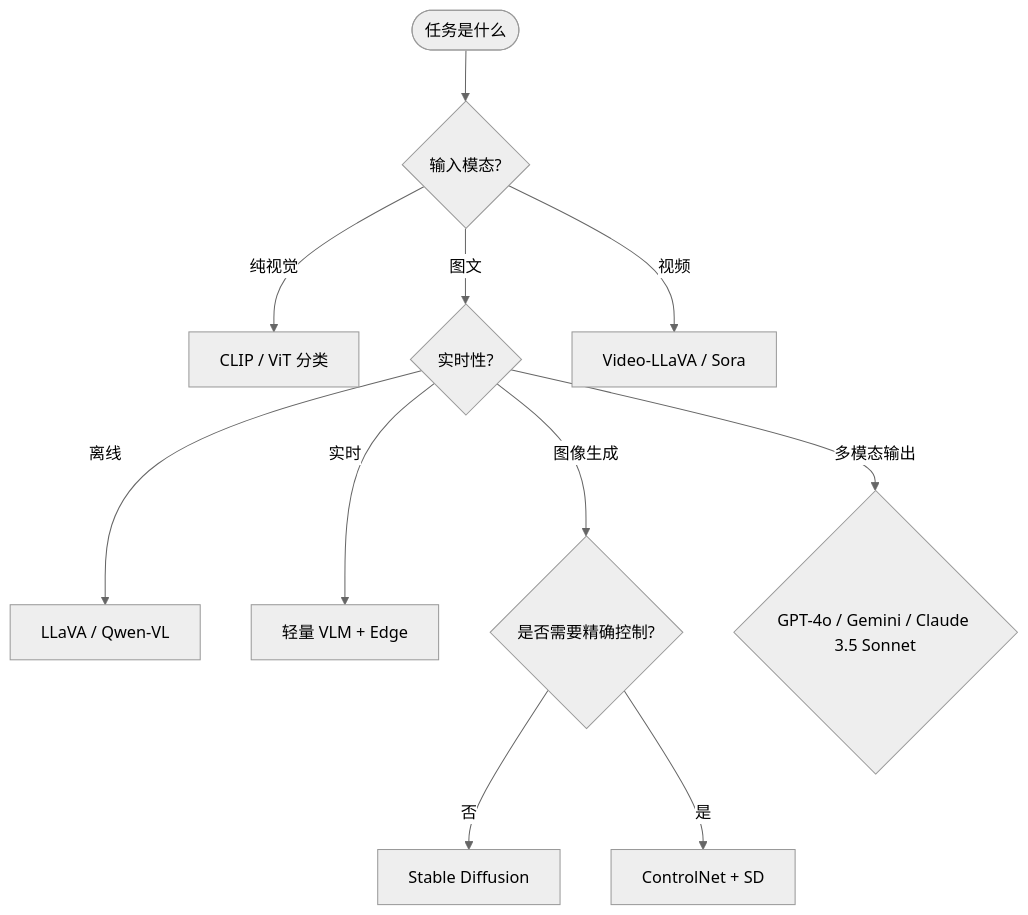
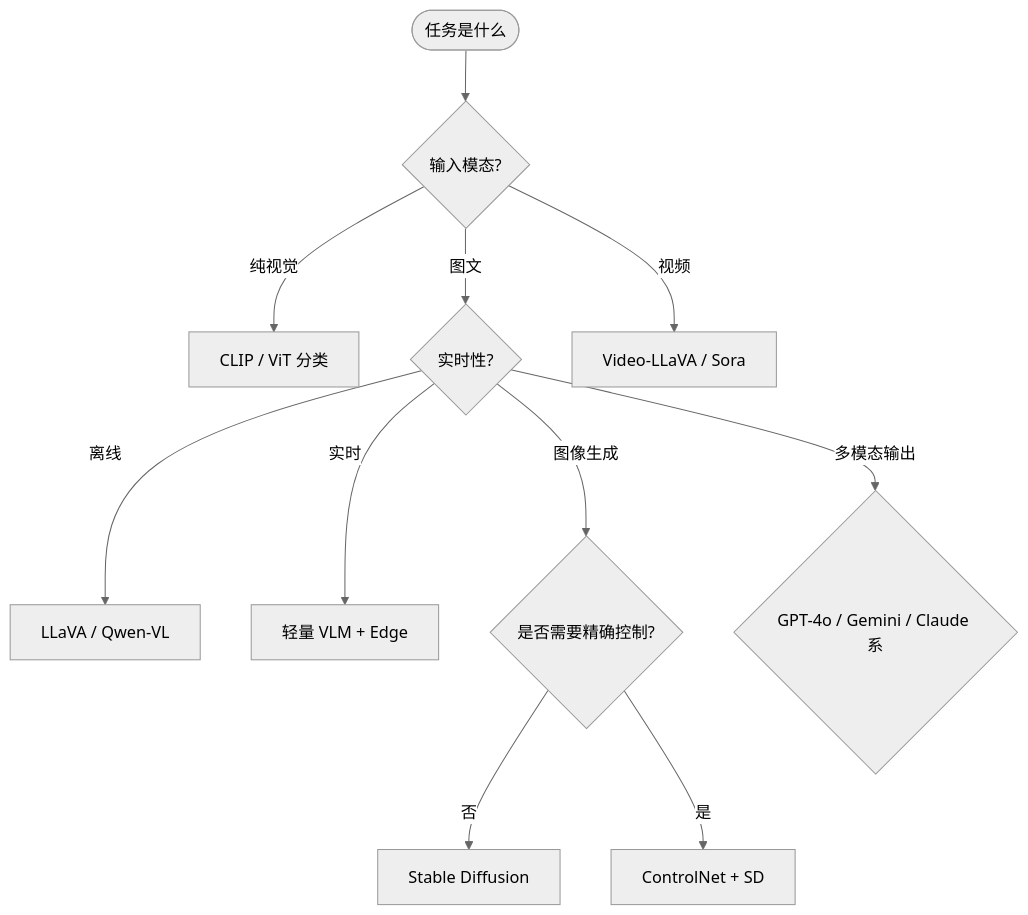
One commit to godlockin/maths-cs-ai-compendium changed the fourth of 4 diagrams in zh/教辅/思维导图/第10章.md. Above: the diagram before and after it, drawn with Mermaid (neutral theme). The commit also changed 58 other files, not shown here.

````diff
--- a/zh/教辅/思维导图/第10章.md
+++ b/zh/教辅/思维导图/第10章.md
@@ -324,13 +324,13 @@
 ```mermaid
 graph TD
     START([任务是什么]) --> Q1{输入模态?}
     Q1 -->|纯视觉| V[CLIP / ViT 分类]
     Q1 -->|图文| QQ{实时性?}
     QQ -->|离线| VLM1[LLaVA / Qwen-VL]
     QQ -->|实时| VLM2[轻量 VLM + Edge]
     Q1 -->|视频| VL[Video-LLaVA / Sora]
     QQ -->|图像生成| GEN{是否需要精确控制?}
     GEN -->|否| SD[Stable Diffusion]
     GEN -->|是| CN[ControlNet + SD]
-    QQ -->|多模态输出| UM{GPT-4o / Gemini / Claude 3.5 Sonnet}
+    QQ -->|多模态输出| UM{GPT-4o / Gemini / Claude 系}
 ```
````
